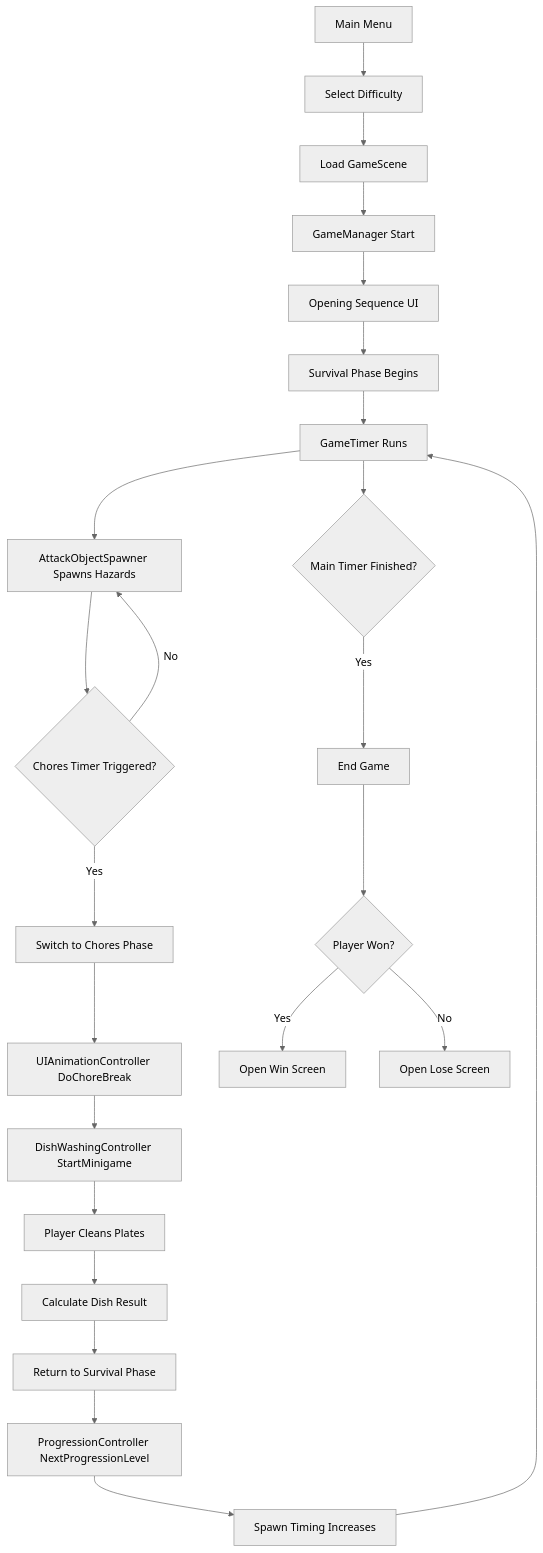
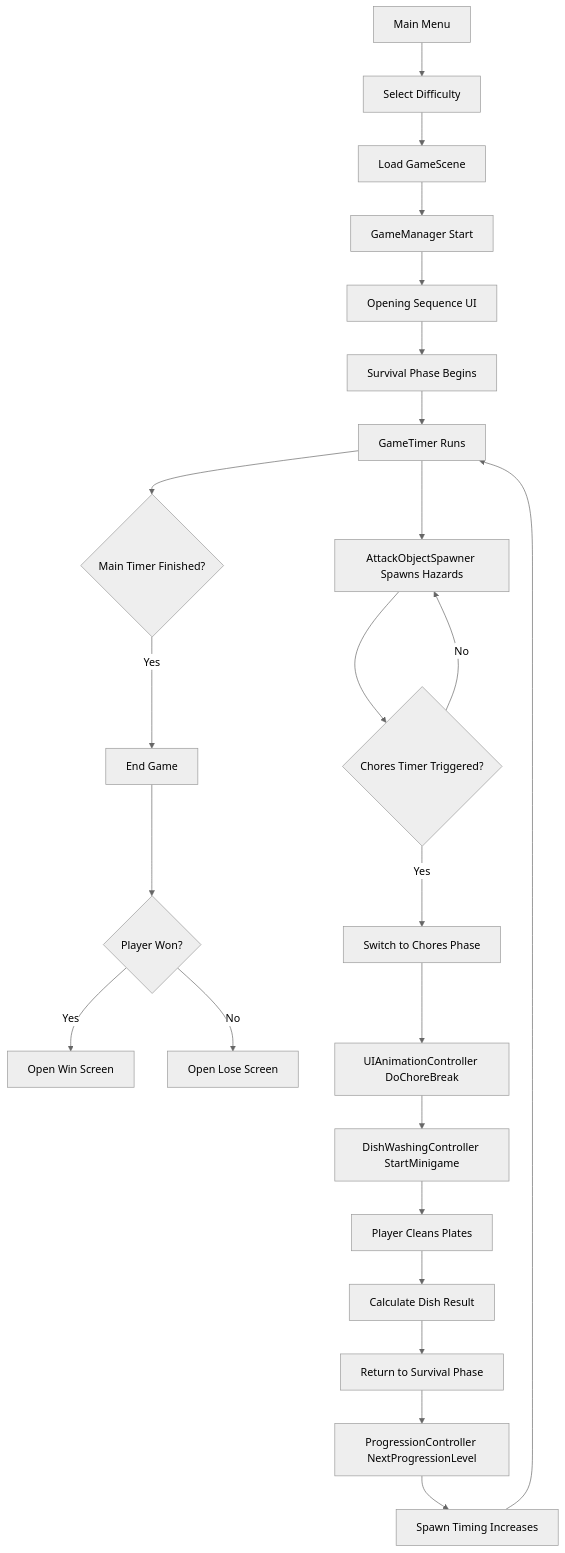
Before and after one commit to Maximillian-520/Beyond-Game-Jam: the diagram in README.md, drawn with Mermaid (neutral theme). The commit also changed other lines of this file, not shown here.

````diff
--- a/README.md
+++ b/README.md
@@ -94,28 +93,28 @@
 ```mermaid
 flowchart TD
     A[Main Menu] --> B[Select Difficulty]
     B --> C[Load GameScene]
     C --> D[GameManager Start]
     D --> E[Opening Sequence UI]
     E --> F[Survival Phase Begins]
     F --> G[GameTimer Runs]
+    G --> R{Main Timer Finished?}
+    R -- Yes --> S[End Game]
+    S --> T{Player Won?}
+    T -- Yes --> U[Open Win Screen]
+    T -- No --> V[Open Lose Screen]
+
     G --> H[AttackObjectSpawner Spawns Hazards]
     H --> I{Chores Timer Triggered?}
     I -- Yes --> J[Switch to Chores Phase]
     J --> K[UIAnimationController DoChoreBreak]
     K --> L[DishWashingController StartMinigame]
     L --> M[Player Cleans Plates]
     M --> N[Calculate Dish Result]
     N --> O[Return to Survival Phase]
     O --> P[ProgressionController NextProgressionLevel]
     P --> Q[Spawn Timing Increases]
     Q --> G
 
-    G --> R{Main Timer Finished?}
-    R -- Yes --> S[End Game]
-    S --> T{Player Won?}
-    T -- Yes --> U[Open Win Screen]
-    T -- No --> V[Open Lose Screen]
-
     I -- No --> H
 ```
````
